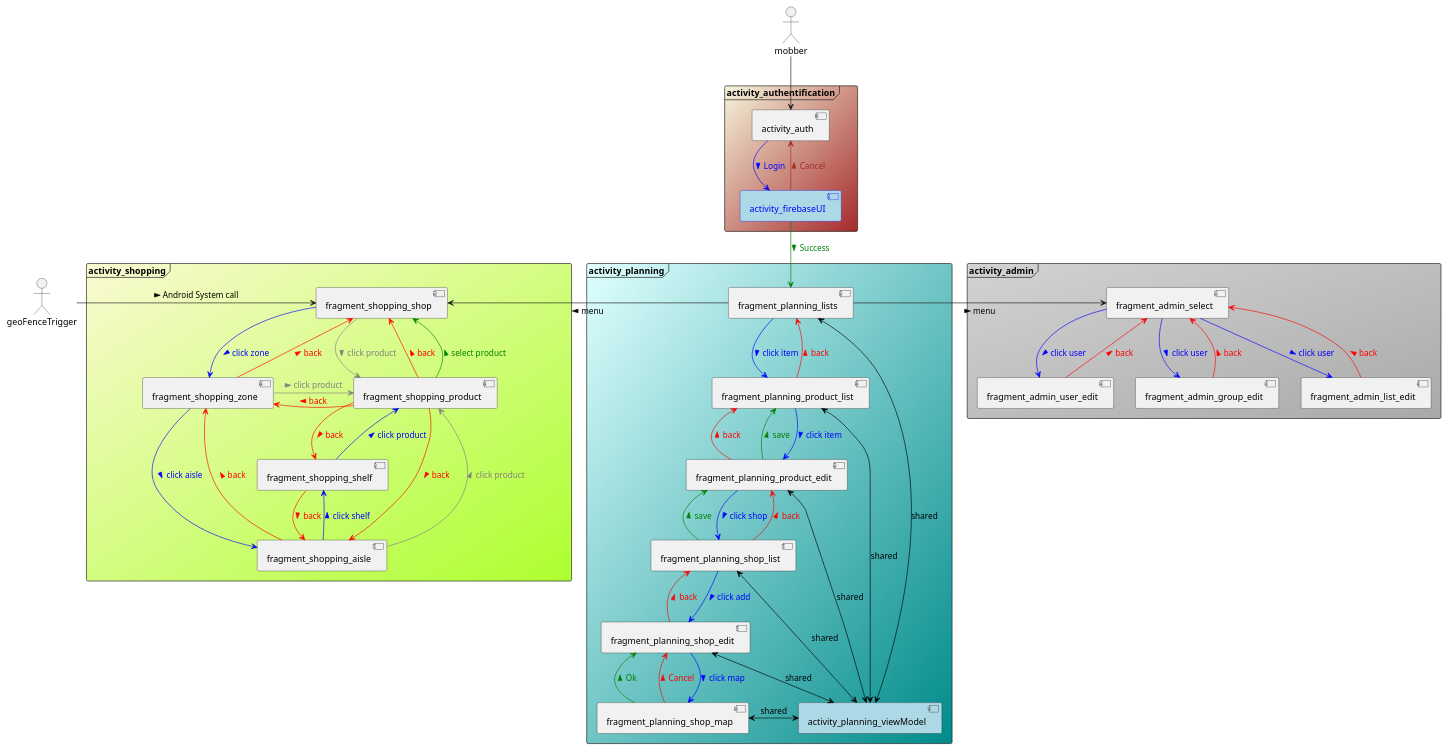
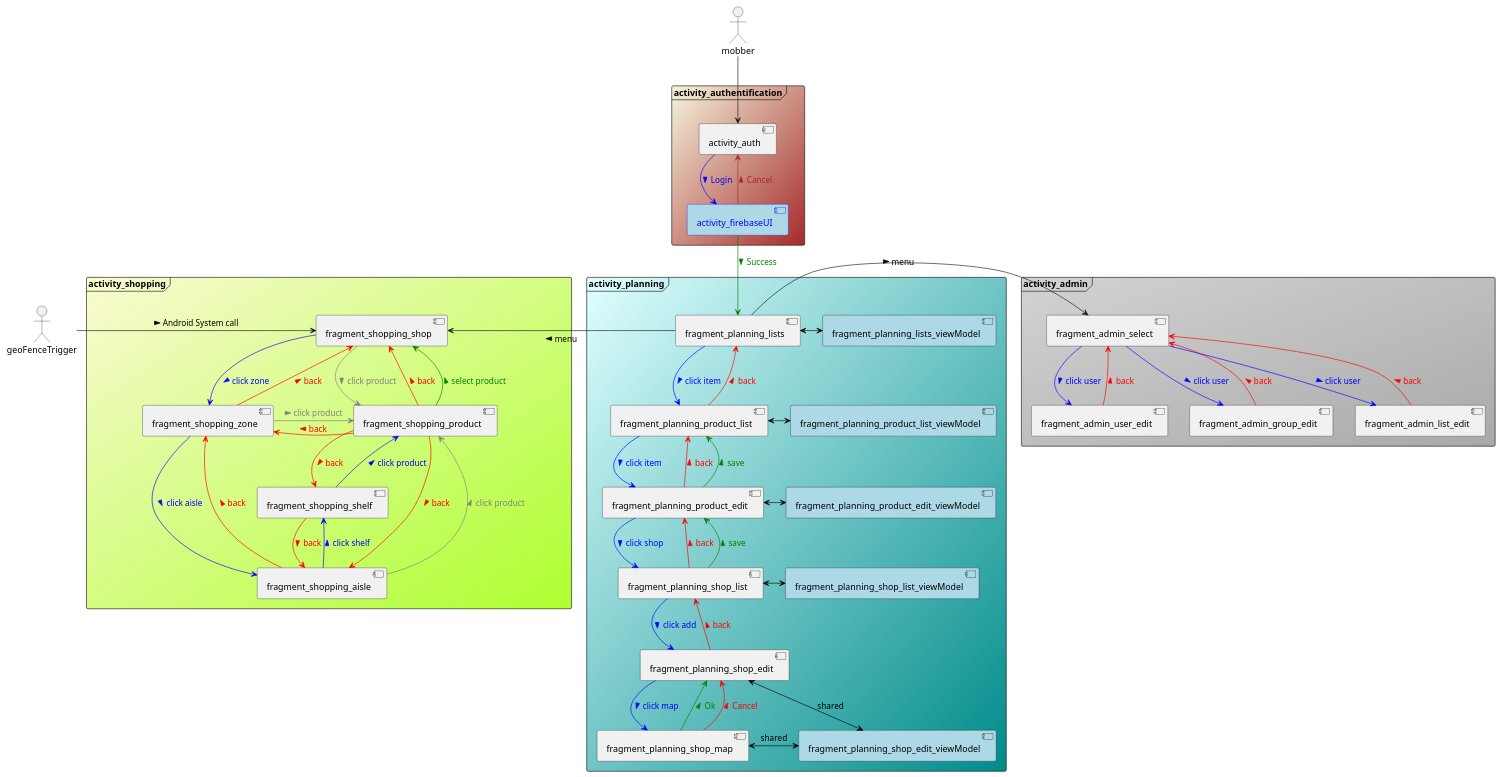
Before and after one commit to fwornle/ShopMob: the diagram in doc/puml/navigation.md, drawn with PlantUML.

Commit message:
update navigation UML (viewModel)

```diff
--- a/doc/puml/navigation.md
+++ b/doc/puml/navigation.md
@@ -45,7 +45,11 @@
     component fragment_planning_shop_edit
     component fragment_planning_shop_map
     
-    component activity_planning_viewModel #lightblue
+    component fragment_planning_lists_viewModel #lightblue
+    component fragment_planning_product_list_viewModel #lightblue
+    component fragment_planning_product_edit_viewModel #lightblue
+    component fragment_planning_shop_list_viewModel #lightblue
+    component fragment_planning_shop_edit_viewModel #lightblue
 
     fragment_planning_lists -left-> fragment_shopping_shop : menu >
     
@@ -67,12 +71,12 @@
     fragment_planning_shop_map -down-> fragment_planning_shop_edit #green;text:green : Ok >
     fragment_planning_shop_map -down-> fragment_planning_shop_edit #red;text:red : Cancel > 
 
-    activity_planning_viewModel <-left-> fragment_planning_lists #black : shared
-    activity_planning_viewModel <-left-> fragment_planning_product_list #black : shared
-    activity_planning_viewModel <-left-> fragment_planning_product_edit #black : shared
-    activity_planning_viewModel <-left-> fragment_planning_shop_list #black : shared
-    activity_planning_viewModel <-left-> fragment_planning_shop_edit #black : shared
-    activity_planning_viewModel <-left-> fragment_planning_shop_map #black : shared
+    fragment_planning_lists_viewModel <-left-> fragment_planning_lists #black
+    fragment_planning_product_list_viewModel <-left-> fragment_planning_product_list #black
+    fragment_planning_product_edit_viewModel <-left-> fragment_planning_product_edit #black
+    fragment_planning_shop_list_viewModel <-left-> fragment_planning_shop_list #black
+    fragment_planning_shop_edit_viewModel <-left-> fragment_planning_shop_edit #black : shared
+    fragment_planning_shop_edit_viewModel <-left-> fragment_planning_shop_map #black : shared
 
 }
 
```
